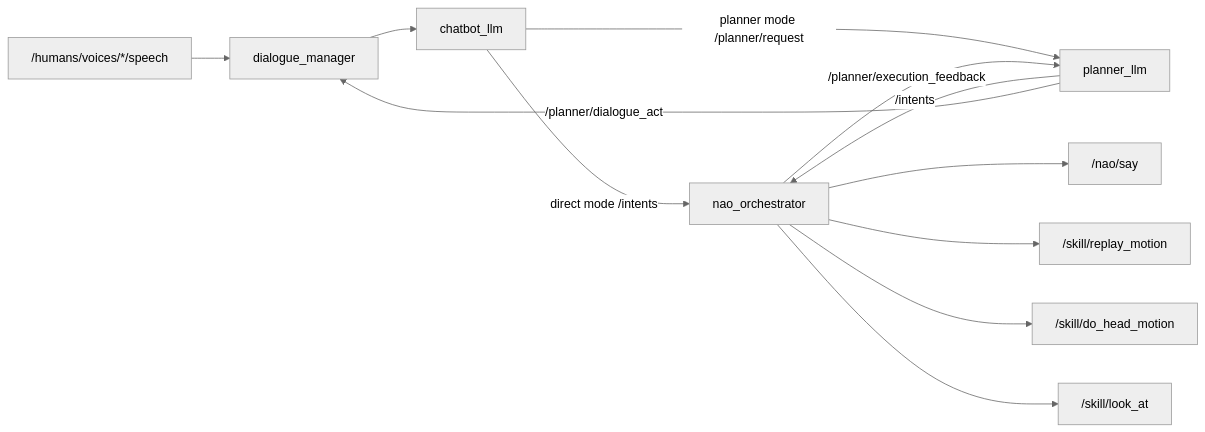
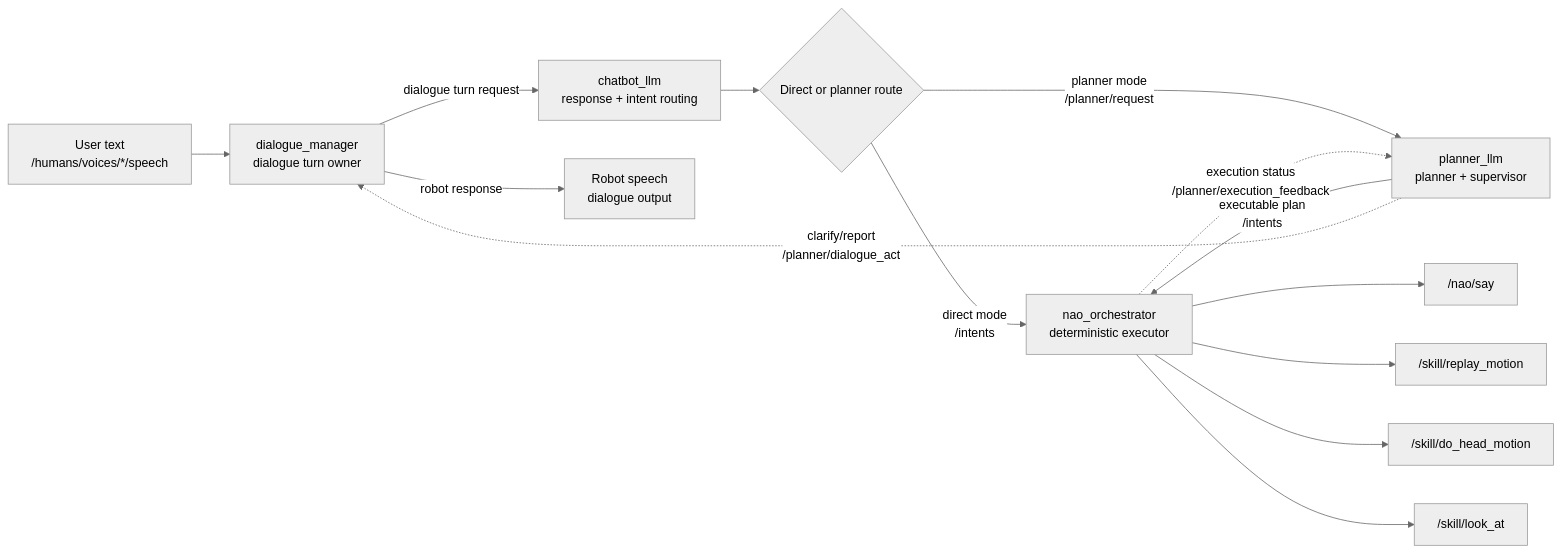
Before and after one commit to ieverythng/nao-ros4hri-bridge: the first of 2 diagrams in README.md, drawn with Mermaid (neutral theme). The commit also changed other lines of this file and 21 other files, not shown here.

````diff
--- a/README.md
+++ b/README.md
@@ -48,14 +50,16 @@
 ```mermaid
 flowchart LR
-    speech["/humans/voices/*/speech"] --> dm["dialogue_manager"]
-    dm --> chatbot["chatbot_llm"]
-    chatbot -->|direct mode /intents| orch["nao_orchestrator"]
-    chatbot -->|planner mode /planner/request| planner["planner_llm"]
-    planner -->|/intents| orch
-    orch -->|/planner/execution_feedback| planner
-    planner -->|/planner/dialogue_act| dm
+    user["User text<br/>/humans/voices/*/speech"] --> dm["dialogue_manager<br/>dialogue turn owner"]
+    dm -->|dialogue turn request| chatbot["chatbot_llm<br/>response + intent routing"]
+    chatbot --> route{"Direct or planner route"}
+    route -->|direct mode<br/>/intents| orch["nao_orchestrator<br/>deterministic executor"]
+    route -->|planner mode<br/>/planner/request| planner["planner_llm<br/>planner + supervisor"]
+    planner -->|executable plan<br/>/intents| orch
+    orch -.->|execution status<br/>/planner/execution_feedback| planner
+    planner -.->|clarify/report<br/>/planner/dialogue_act| dm
+    dm -->|robot response| speech_out["Robot speech<br/>dialogue output"]
     orch --> say["/nao/say"]
     orch --> replay["/skill/replay_motion"]
     orch --> head["/skill/do_head_motion"]
     orch --> look["/skill/look_at"]
 ```
````
